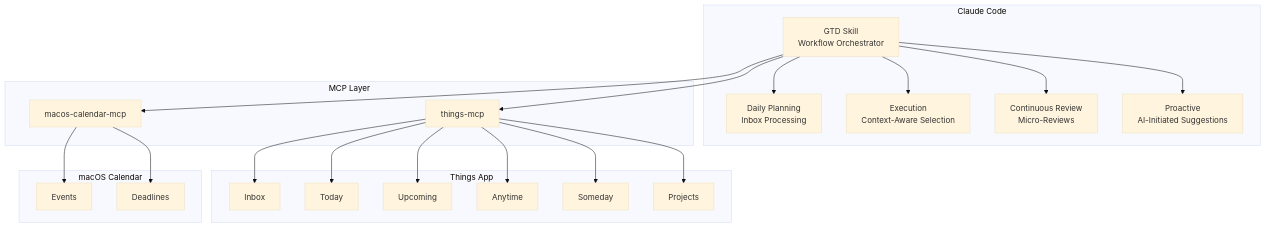
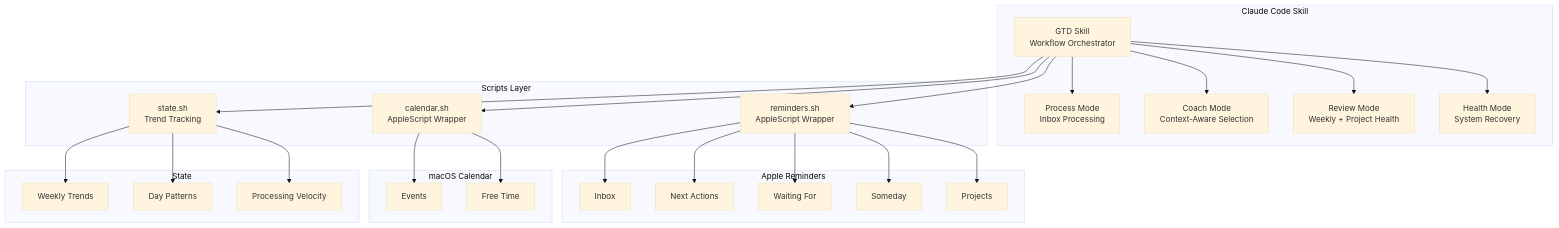
One commit to realYushi/my-gtd-buddy changed the first of 3 diagrams in README.md. Above: the diagram before and after it, drawn with Mermaid (base theme). The commit also changed other lines of this file and 20 other files, not shown here.

Commit message:
Migrate to Claude Code skill architecture

````diff
--- a/README.md
+++ b/README.md
@@ -52,45 +59,54 @@
 ```mermaid
 graph TB
-    subgraph "Claude Code"
+    subgraph "Claude Code Skill"
         SKILL[GTD Skill<br/>Workflow Orchestrator]
-        PLAN[Daily Planning<br/>Inbox Processing]
-        EXEC[Execution<br/>Context-Aware Selection]
-        REV[Continuous Review<br/>Micro-Reviews]
-        PRO[Proactive<br/>AI-Initiated Suggestions]
+        PROCESS[Process Mode<br/>Inbox Processing]
+        COACH[Coach Mode<br/>Context-Aware Selection]
+        REVIEW[Review Mode<br/>Weekly + Project Health]
+        HEALTH[Health Mode<br/>System Recovery]
 
-        SKILL --> PLAN
-        SKILL --> EXEC
-        SKILL --> REV
-        SKILL --> PRO
+        SKILL --> PROCESS
+        SKILL --> COACH
+        SKILL --> REVIEW
+        SKILL --> HEALTH
     end
 
-    subgraph "MCP Layer"
-        TMCP[things-mcp]
-        CMCP[macos-calendar-mcp]
+    subgraph "Scripts Layer"
+        RSCRIPT[reminders.sh<br/>AppleScript Wrapper]
+        CSCRIPT[calendar.sh<br/>AppleScript Wrapper]
+        SSCRIPT[state.sh<br/>Trend Tracking]
     end
 
-    subgraph "Things App"
+    subgraph "Apple Reminders"
         INBOX[Inbox]
-        TODAY[Today]
-        UPCOMING[Upcoming]
-        ANYTIME[Anytime]
+        NEXT[Next Actions]
+        WAITING[Waiting For]
         SOMEDAY[Someday]
         PROJECTS[Projects]
     end
 
     subgraph "macOS Calendar"
         EVENTS[Events]
-        DEADLINES[Deadlines]
+        FREE[Free Time]
     end
 
-    SKILL --> TMCP
-    SKILL --> CMCP
-    TMCP --> INBOX
-    TMCP --> TODAY
-    TMCP --> UPCOMING
-    TMCP --> ANYTIME
-    TMCP --> SOMEDAY
-    TMCP --> PROJECTS
-    CMCP --> EVENTS
-    CMCP --> DEADLINES
+    subgraph "State"
+        TRENDS[Weekly Trends]
+        PATTERNS[Day Patterns]
+        VELOCITY[Processing Velocity]
+    end
+
+    SKILL --> RSCRIPT
+    SKILL --> CSCRIPT
+    SKILL --> SSCRIPT
+    RSCRIPT --> INBOX
+    RSCRIPT --> NEXT
+    RSCRIPT --> WAITING
+    RSCRIPT --> SOMEDAY
+    RSCRIPT --> PROJECTS
+    CSCRIPT --> EVENTS
+    CSCRIPT --> FREE
+    SSCRIPT --> TRENDS
+    SSCRIPT --> PATTERNS
+    SSCRIPT --> VELOCITY
 ```
````
